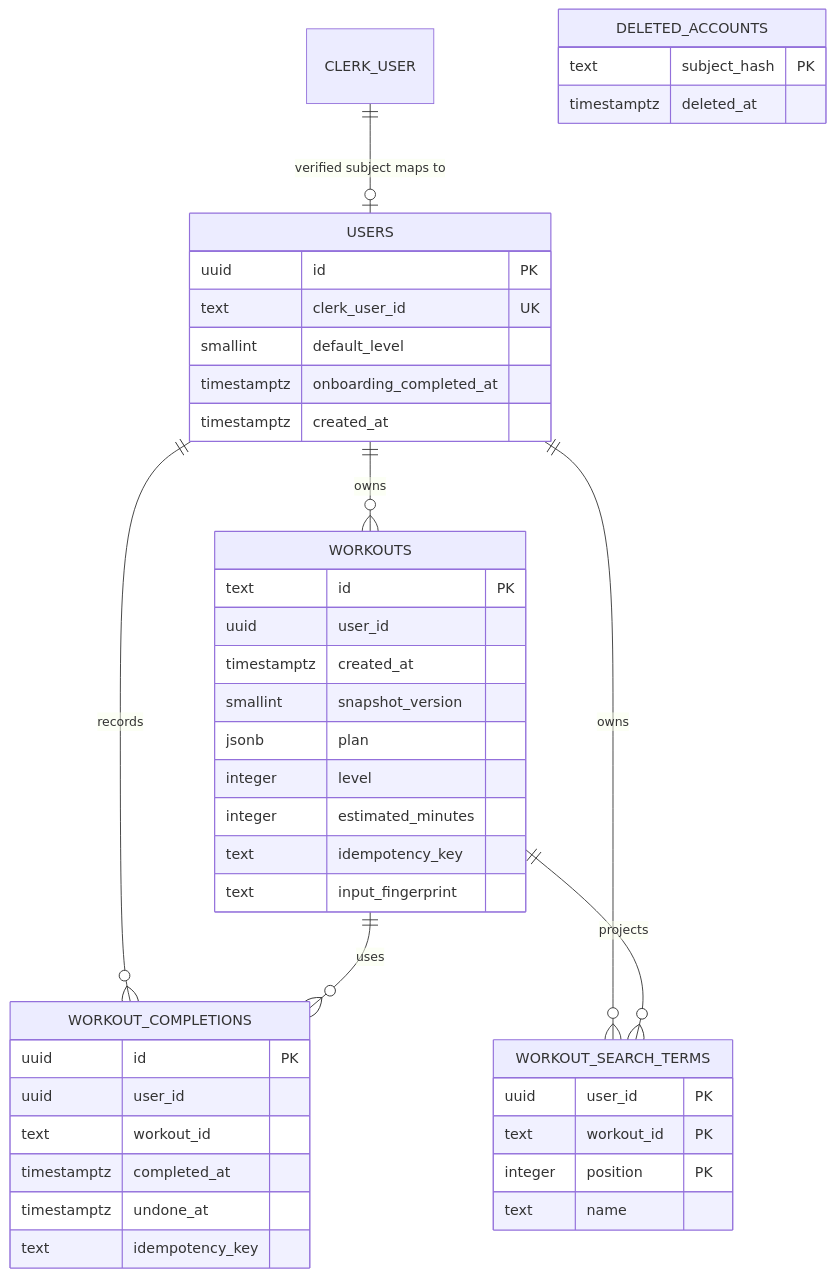
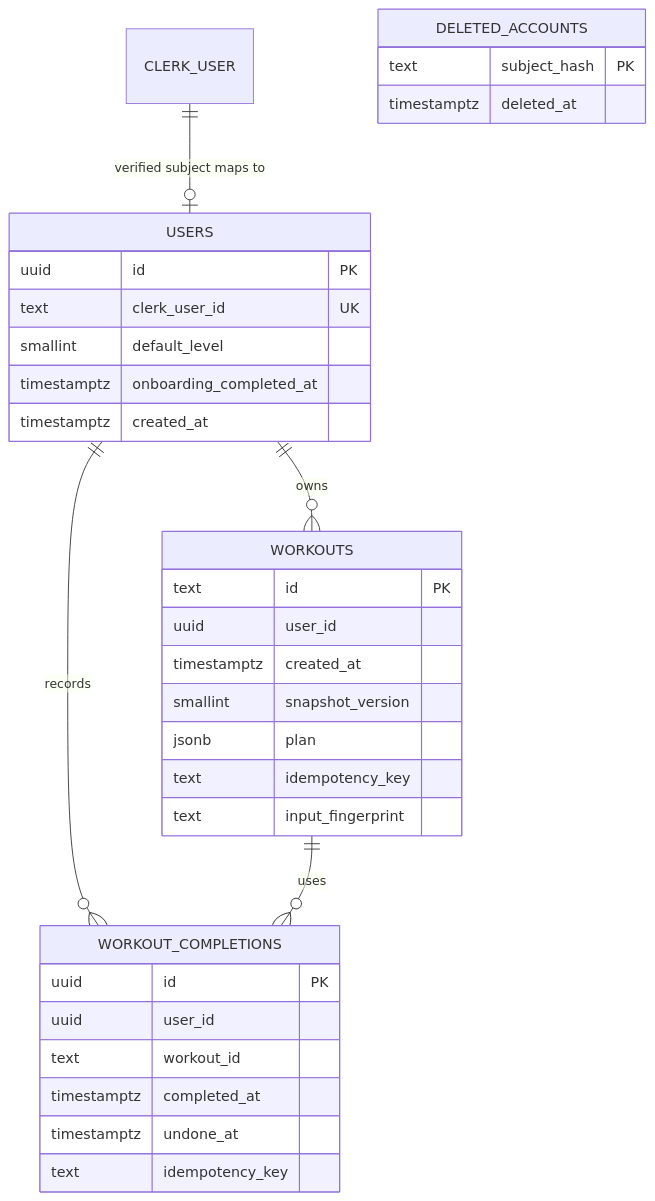
Before and after one commit to epicchewy/endorphins: the diagram in docs/accounts-and-workouts.md, drawn with Mermaid. The commit also changed other lines of this file and 20 other files, not shown here.

First line of the commit message:
Remove saved-workout search, level filter, and sort

````diff
--- a/docs/accounts-and-workouts.md
+++ b/docs/accounts-and-workouts.md
@@ -5,45 +5,35 @@
 ```mermaid
 erDiagram
   CLERK_USER ||--o| USERS : "verified subject maps to"
   USERS ||--o{ WORKOUTS : owns
   USERS ||--o{ WORKOUT_COMPLETIONS : records
   WORKOUTS ||--o{ WORKOUT_COMPLETIONS : uses
-  USERS ||--o{ WORKOUT_SEARCH_TERMS : owns
-  WORKOUTS ||--o{ WORKOUT_SEARCH_TERMS : projects
   USERS {
     uuid id PK
     text clerk_user_id UK
     smallint default_level
     timestamptz onboarding_completed_at
     timestamptz created_at
   }
   WORKOUTS {
     text id PK
     uuid user_id
     timestamptz created_at
     smallint snapshot_version
     jsonb plan
-    integer level
-    integer estimated_minutes
     text idempotency_key
     text input_fingerprint
   }
   WORKOUT_COMPLETIONS {
     uuid id PK
     uuid user_id
     text workout_id
     timestamptz completed_at
     timestamptz undone_at
     text idempotency_key
   }
-  WORKOUT_SEARCH_TERMS {
-    uuid user_id PK
-    text workout_id PK
-    integer position PK
-    text name
-  }
   DELETED_ACCOUNTS {
     text subject_hash PK
     timestamptz deleted_at
   }
 ```
````
